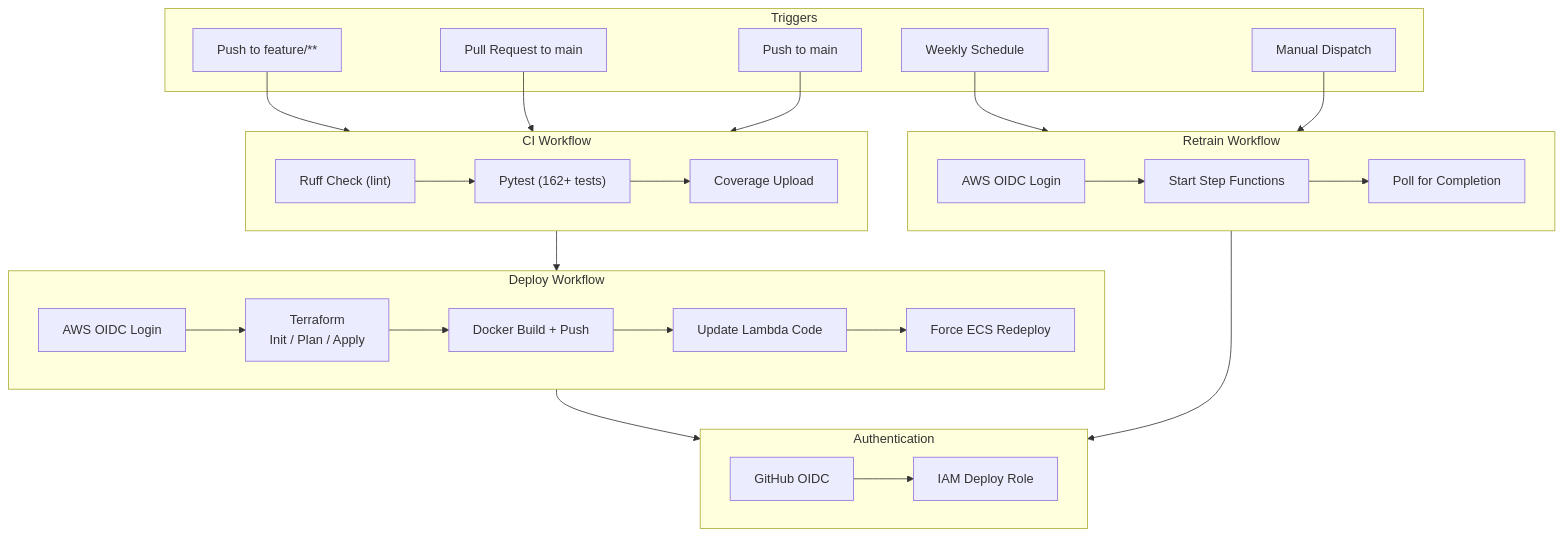
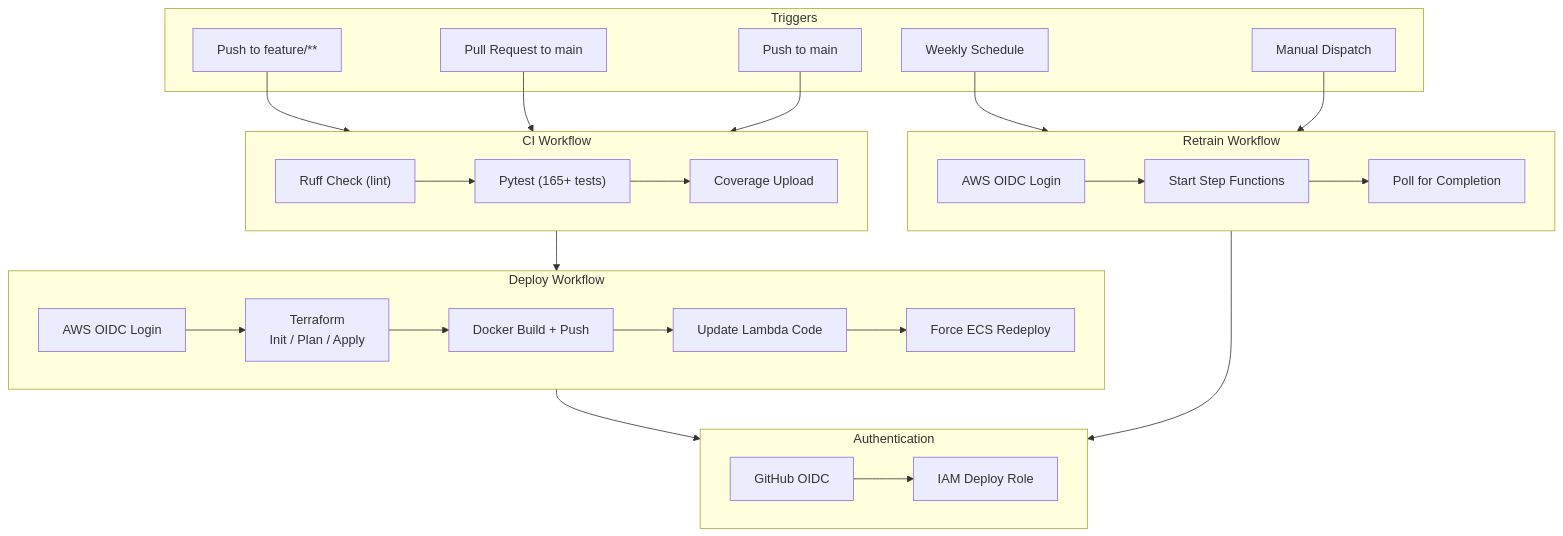
Before and after one commit to rawad-yared/bcgx-spanishgas-g1: the seventh of 8 diagrams in README.md, drawn with Mermaid. The commit also changed other lines of this file and 4 other files, not shown here.

````diff
--- a/README.md
+++ b/README.md
@@ -387,45 +389,45 @@
 ```mermaid
 graph TD
     subgraph Triggers
         PUSH_F["Push to feature/**"]
         PR["Pull Request to main"]
         PUSH_M["Push to main"]
         SCHED["Weekly Schedule"]
         MANUAL["Manual Dispatch"]
     end
 
     subgraph CI["CI Workflow"]
         LINT["Ruff Check (lint)"]
-        TEST["Pytest (162+ tests)"]
+        TEST["Pytest (165+ tests)"]
         COV["Coverage Upload"]
         LINT --> TEST --> COV
     end
 
     subgraph Deploy["Deploy Workflow"]
         OIDC["AWS OIDC Login"]
         TF_PLAN["Terraform<br>Init / Plan / Apply"]
         DOCKER["Docker Build + Push"]
         UPDATE_LAMBDA["Update Lambda Code"]
         ECS_DEPLOY["Force ECS Redeploy"]
         OIDC --> TF_PLAN --> DOCKER --> UPDATE_LAMBDA --> ECS_DEPLOY
     end
 
     subgraph Retrain["Retrain Workflow"]
         OIDC2["AWS OIDC Login"]
         SFN_START["Start Step Functions"]
         POLL["Poll for Completion"]
         OIDC2 --> SFN_START --> POLL
     end
 
     PUSH_F & PR --> CI
     PUSH_M --> CI --> Deploy
     SCHED & MANUAL --> Retrain
 
     subgraph Auth["Authentication"]
         GH_OIDC["GitHub OIDC"]
         IAM_ROLE["IAM Deploy Role"]
         GH_OIDC --> IAM_ROLE
     end
 
     Deploy & Retrain --> Auth
 ```
````
